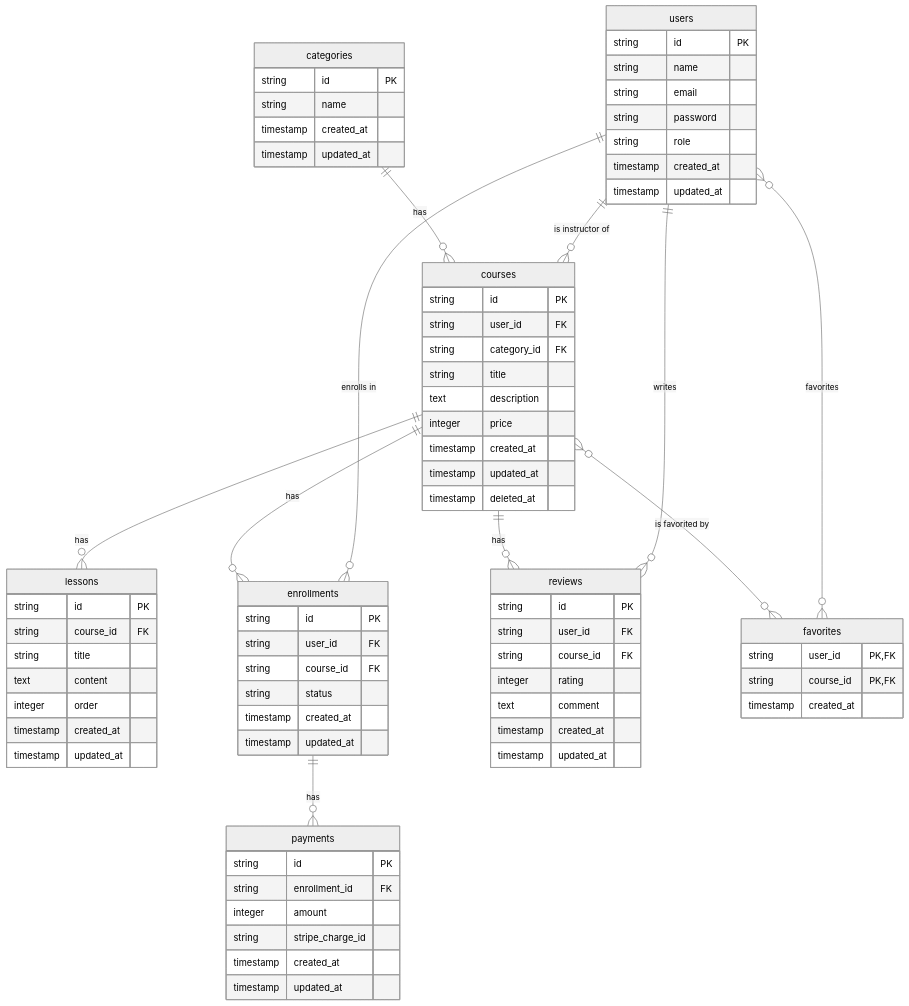
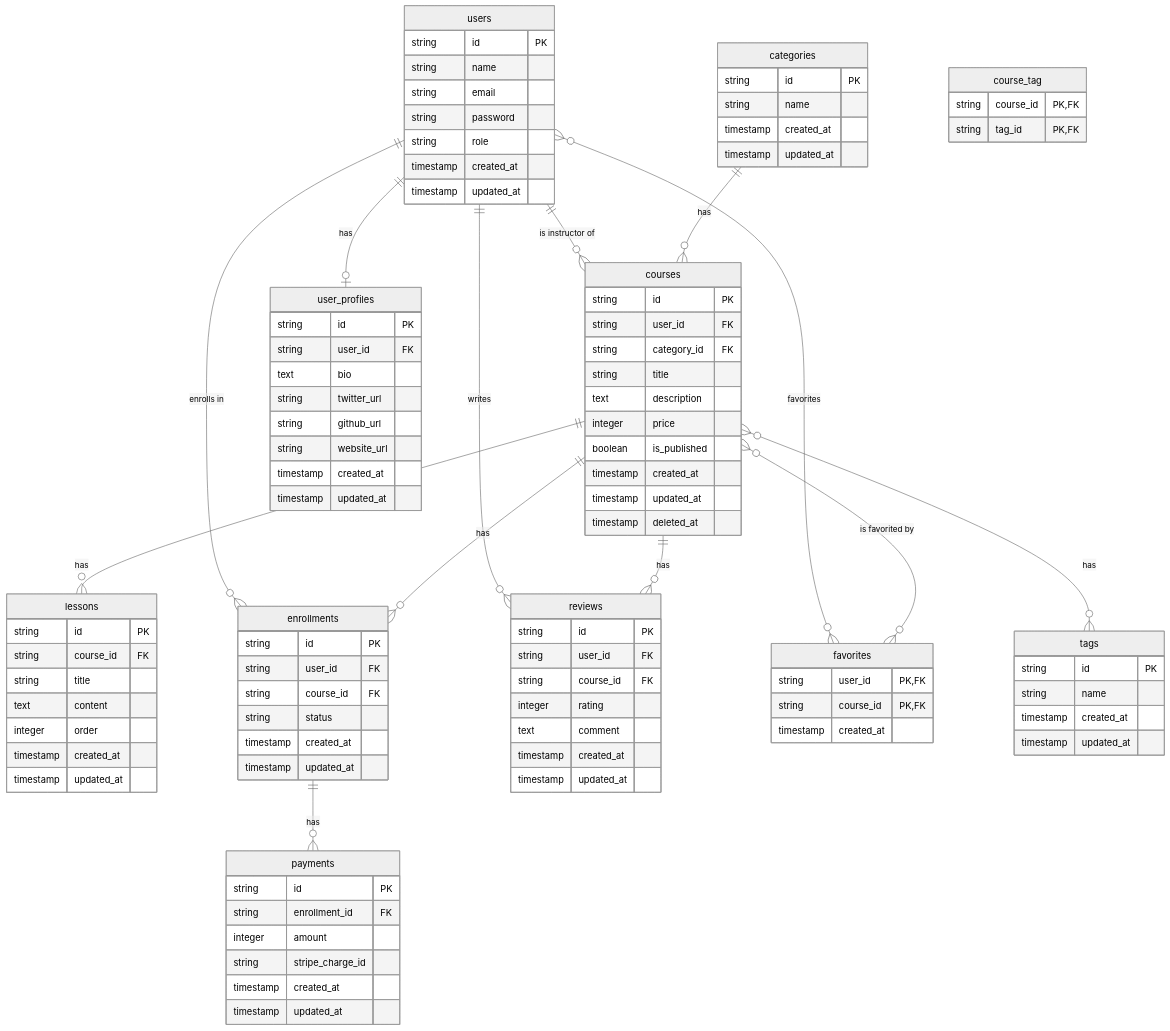
One commit to coachtech-mockcase-second/ExampleAnswer-mockcase-CertifyLMS changed the diagram in 要件定義書.md. Above: the diagram before and after it, drawn with Mermaid (neutral theme). The commit also changed other lines of this file, not shown here.

````diff
--- a/要件定義書.md
+++ b/要件定義書.md
@@ -272,6 +893,7 @@
         string title
         text description
         integer price
+        boolean is_published
         timestamp created_at
         timestamp updated_at
         timestamp deleted_at
@@ -312,6 +934,29 @@
         timestamp created_at
     }
 
+    tags {
+        string id PK
+        string name
+        timestamp created_at
+        timestamp updated_at
+    }
+
+    course_tag {
+        string course_id PK, FK
+        string tag_id PK, FK
+    }
+
+    user_profiles {
+        string id PK
+        string user_id FK
+        text bio
+        string twitter_url
+        string github_url
+        string website_url
+        timestamp created_at
+        timestamp updated_at
+    }
+
     payments {
         string id PK
         string enrollment_id FK
@@ -325,10 +970,12 @@
     users ||--o{ enrollments : "enrolls in"
     users ||--o{ reviews : "writes"
     users }o--o{ favorites : "favorites"
+    users ||--o| user_profiles : "has"
     categories ||--o{ courses : "has"
     courses ||--o{ lessons : "has"
     courses ||--o{ enrollments : "has"
     courses ||--o{ reviews : "has"
     courses }o--o{ favorites : "is favorited by"
+    courses }o--o{ tags : "has"
     enrollments ||--o{ payments : "has"
 ```
````
